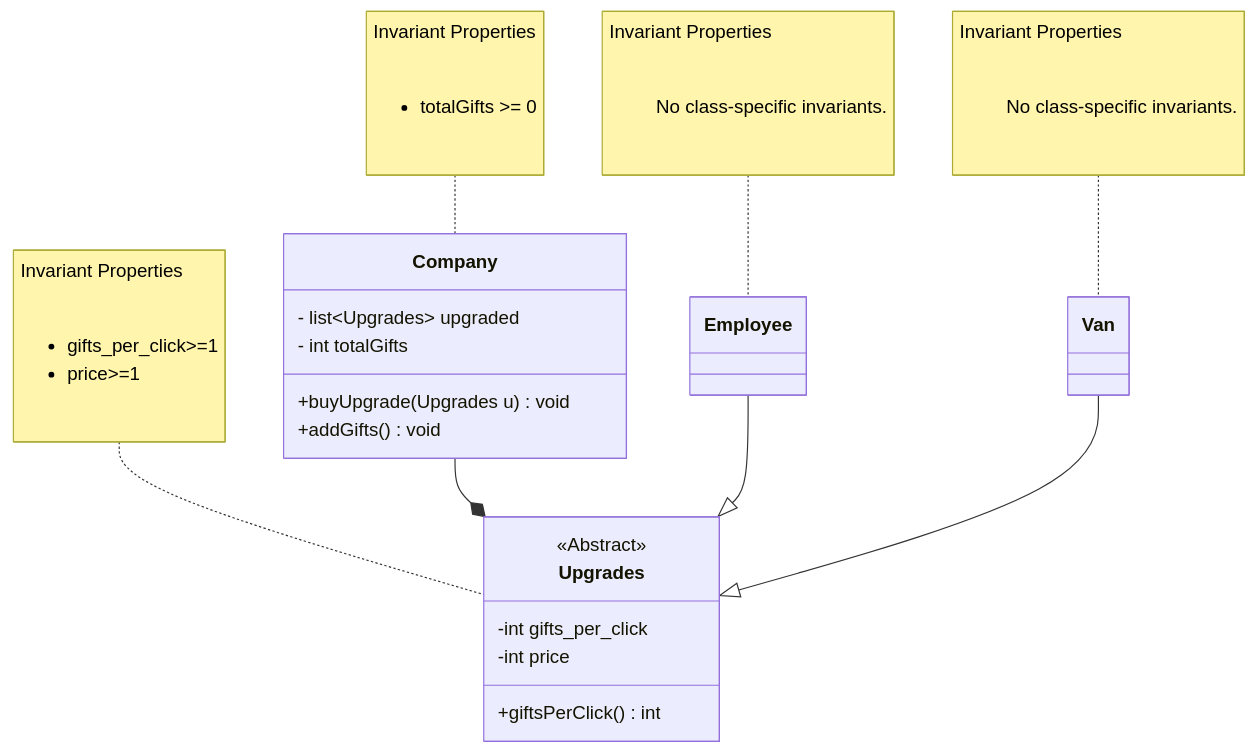
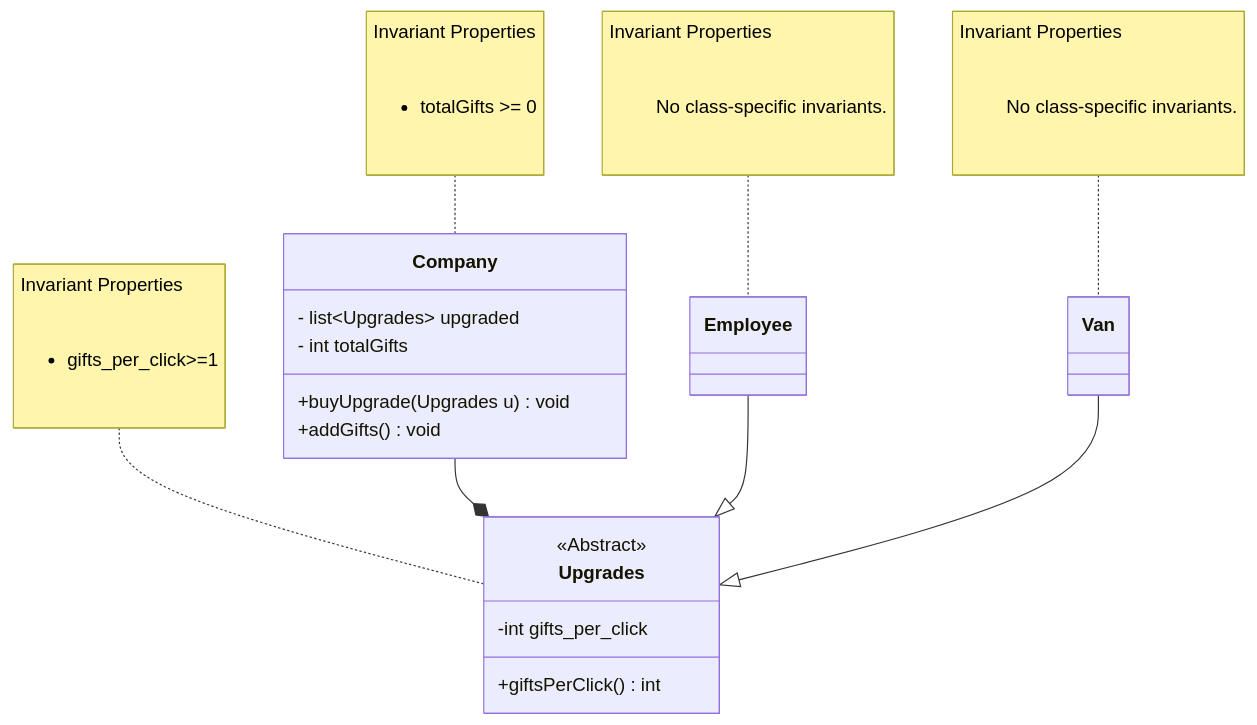
The diagram in domain.md (umangmehta0007/Clicker), drawn with Mermaid before and after one commit. The commit also changed 10 other files, not shown here.

````diff
--- a/domain.md
+++ b/domain.md
@@ -9,52 +9,49 @@
 ```mermaid
 classDiagram
         
         note for Company "Invariant Properties
              <ul> 
                 <li> totalGifts >= 0
             </ul>
         "
     
     class Company{
         - list~Upgrades~ upgraded
         - int totalGifts
         
         +buyUpgrade(Upgrades u) void
         +addGifts() void 
         
     }
     note for Upgrades "Invariant Properties
              <ul> 
                 <li>gifts_per_click>=1
-                <li>price>=1
             </ul>
         "
         
     class Upgrades{
         <<Abstract>>
         
-        -int gifts_per_click
-        -int price
-            
+        -int gifts_per_click         
         +giftsPerClick() int
     }
 
     note for Employee "Invariant Properties
              <ul> 
                   No class-specific invariants. 
             </ul>
         "
     class Employee{
     }
     note for Van "Invariant Properties
              <ul> 
                 No class-specific invariants. 
             </ul>
         "
     class Van{
     }
     
     Company--* Upgrades
     Employee--|>Upgrades
     Van--|>Upgrades
 ```
````
